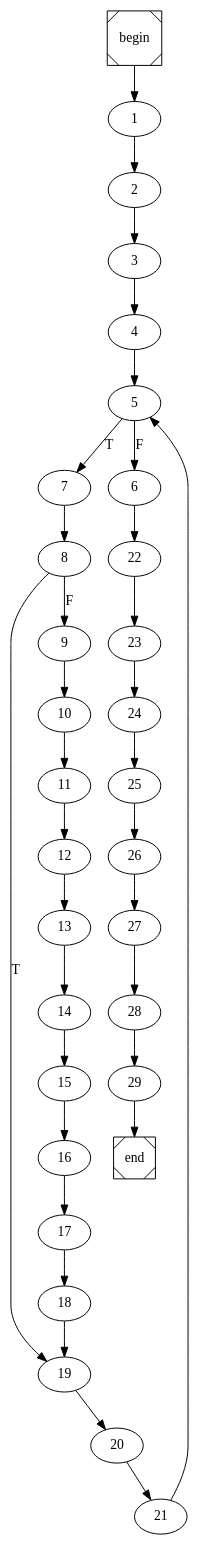
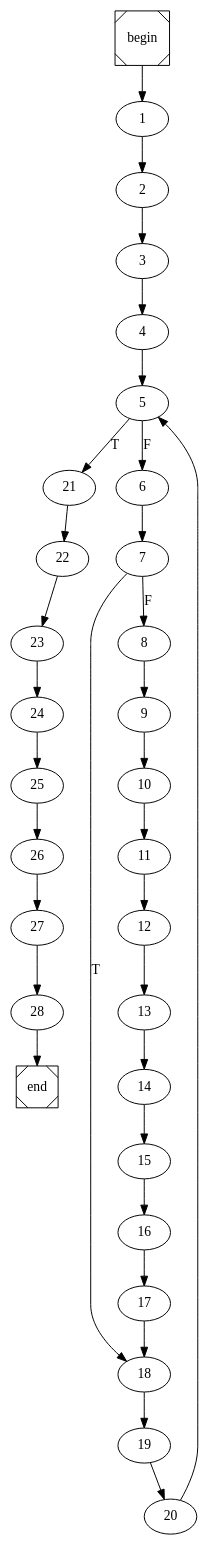
Before and after one commit to arubenruben/JMM-Compiler: the diagram in partition_int_arr_int_int.dot, drawn with Graphviz. The commit also changed 11 other files, not shown here.

```diff
--- a/partition_int_arr_int_int.dot
+++ b/partition_int_arr_int_int.dot
@@ -1,4 +1,4 @@
 digraph cfg {
 	begin [shape=Msquare];
 	end [shape=Msquare];
-	begin -> 1;	1 -> 2;	2 -> 3;	3 -> 4;	4 -> 5;	5 -> 7[label=T];	5 -> 6[label=F];	6 -> 22;	7 -> 8;	8 -> 19[label=T];	8 -> 9[label=F];	9 -> 10;	10 -> 11;	11 -> 12;	12 -> 13;	13 -> 14;	14 -> 15;	15 -> 16;	16 -> 17;	17 -> 18;	18 -> 19;	19 -> 20;	20 -> 21;	21 -> 5;	22 -> 23;	23 -> 24;	24 -> 25;	25 -> 26;	26 -> 27;	27 -> 28;	28 -> 29;	29 -> end;}
+	begin -> 1;	1 -> 2;	2 -> 3;	3 -> 4;	4 -> 5;	5 -> 21[label=T];	5 -> 6[label=F];	6 -> 7;	7 -> 18[label=T];	7 -> 8[label=F];	8 -> 9;	9 -> 10;	10 -> 11;	11 -> 12;	12 -> 13;	13 -> 14;	14 -> 15;	15 -> 16;	16 -> 17;	17 -> 18;	18 -> 19;	19 -> 20;	20 -> 5;	21 -> 22;	22 -> 23;	23 -> 24;	24 -> 25;	25 -> 26;	26 -> 27;	27 -> 28;	28 -> end;}
```
